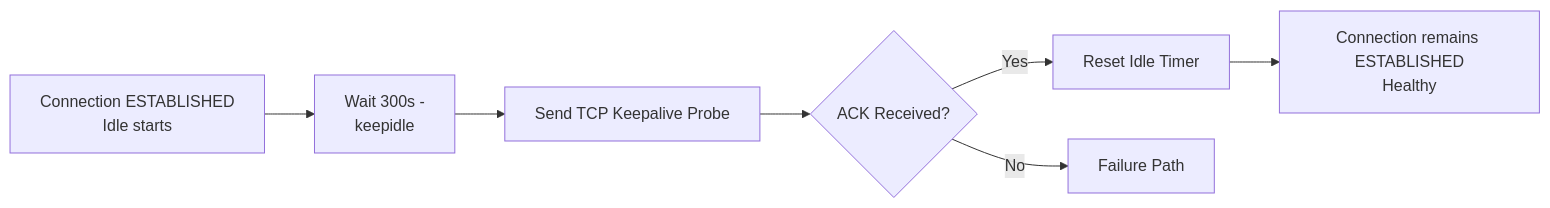
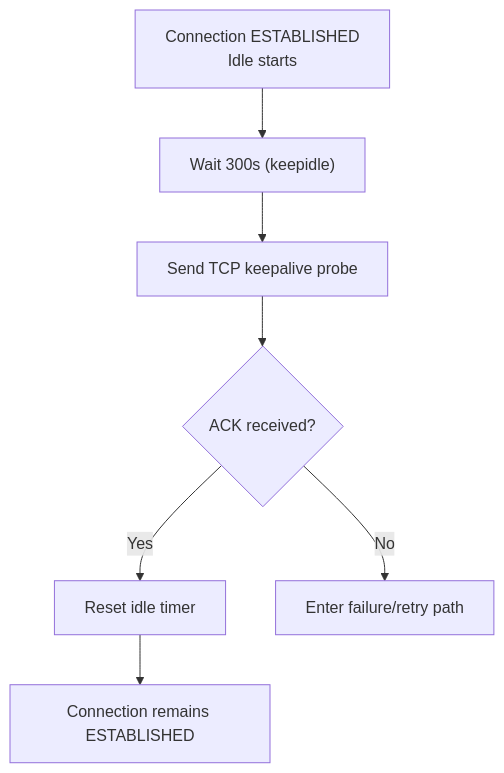
Before and after one commit to TechnoBureau/docs: the first of 6 diagrams in linux/understanding_so_keepalive_the_definitive_guide.mdx, drawn with Mermaid. The commit also changed 12 other files, not shown here.

Commit message:
Improve diagram readability and fix code tab labels

````diff
--- a/linux/understanding_so_keepalive_the_definitive_guide.mdx
+++ b/linux/understanding_so_keepalive_the_definitive_guide.mdx
@@ -100,9 +100,9 @@
 ```mermaid
-flowchart LR
-    A[Connection ESTABLISHED<br/>Idle starts] --> B[Wait 300s - <br/> keepidle]
-    B --> C[Send TCP Keepalive Probe]
-    C --> D{ACK Received?}
-    D -->|Yes| E[Reset Idle Timer]
-    E --> F[Connection remains ESTABLISHED<br/>Healthy]
-    D -->|No| G[Failure Path]
+flowchart TD
+    A["Connection ESTABLISHED<br/>Idle starts"] --> B["Wait 300s (keepidle)"]
+    B --> C["Send TCP keepalive probe"]
+    C --> D{"ACK received?"}
+    D -->|"Yes"| E["Reset idle timer"]
+    E --> F["Connection remains ESTABLISHED"]
+    D -->|"No"| G["Enter failure/retry path"]
 ```
````
